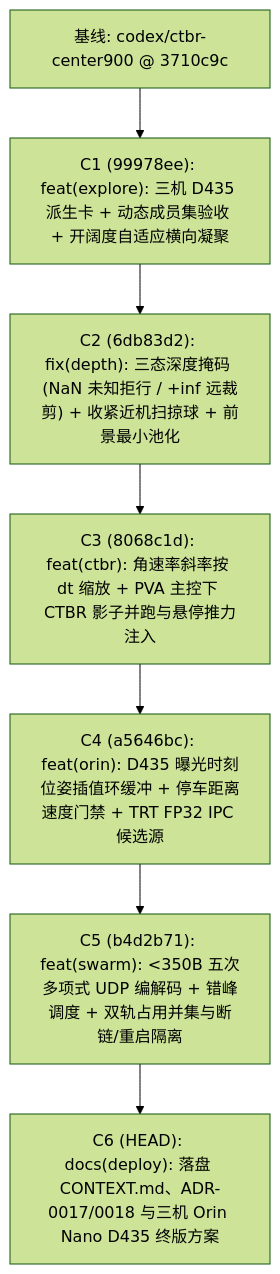
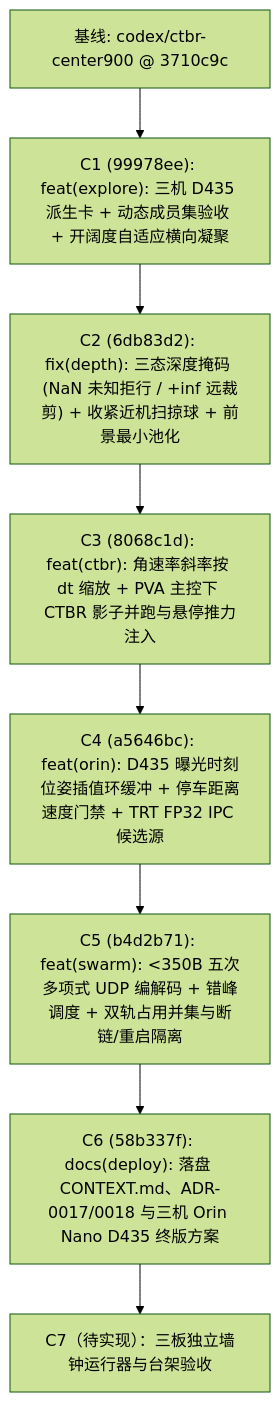
The diagram in docs/research/orin-nano-3uav-d435.md (wk-frank/yopo-restart2), drawn with Mermaid (forest theme) before and after one commit. The commit also changed other lines of this file and 19 other files, not shown here.

````diff
--- a/docs/research/orin-nano-3uav-d435.md
+++ b/docs/research/orin-nano-3uav-d435.md
@@ -65,12 +65,13 @@
 ```mermaid
 flowchart TD
     B0["基线: codex/ctbr-center900 @ 3710c9c"]
     C1["C1 (99978ee): feat(explore): 三机 D435 派生卡 + 动态成员集验收 + 开阔度自适应横向凝聚"]
     C2["C2 (6db83d2): fix(depth): 三态深度掩码 (NaN 未知拒行 / +inf 远裁剪) + 收紧近机扫掠球 + 前景最小池化"]
     C3["C3 (8068c1d): feat(ctbr): 角速率斜率按 dt 缩放 + PVA 主控下 CTBR 影子并跑与悬停推力注入"]
     C4["C4 (a5646bc): feat(orin): D435 曝光时刻位姿插值环缓冲 + 停车距离速度门禁 + TRT FP32 IPC 候选源"]
     C5["C5 (b4d2b71): feat(swarm): <350B 五次多项式 UDP 编解码 + 错峰调度 + 双轨占用并集与断链/重启隔离"]
-    C6["C6 (HEAD): docs(deploy): 落盘 CONTEXT.md、ADR-0017/0018 与三机 Orin Nano D435 终版方案"]
+    C6["C6 (58b337f): docs(deploy): 落盘 CONTEXT.md、ADR-0017/0018 与三机 Orin Nano D435 终版方案"]
 
-    B0 --> C1 --> C2 --> C3 --> C4 --> C5 --> C6
+    C7["C7（待实现）：三板独立墙钟运行器与台架验收"]
+    B0 --> C1 --> C2 --> C3 --> C4 --> C5 --> C6 --> C7
 ```
````
